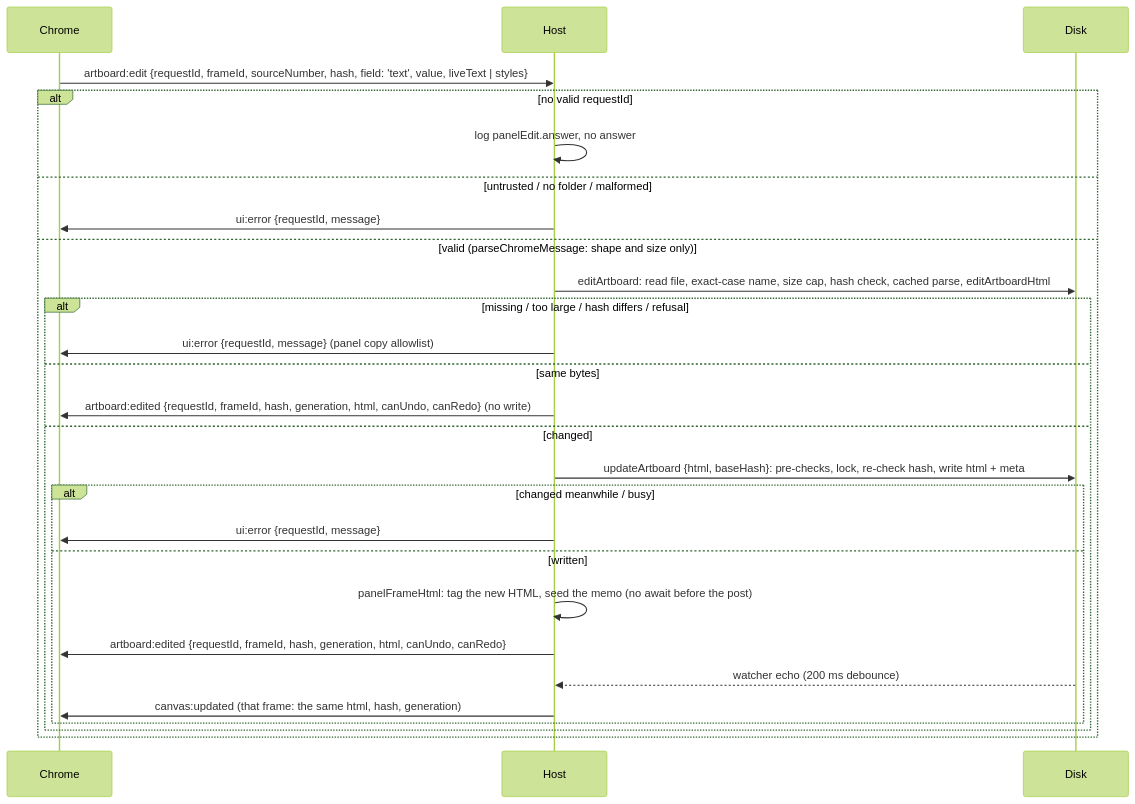
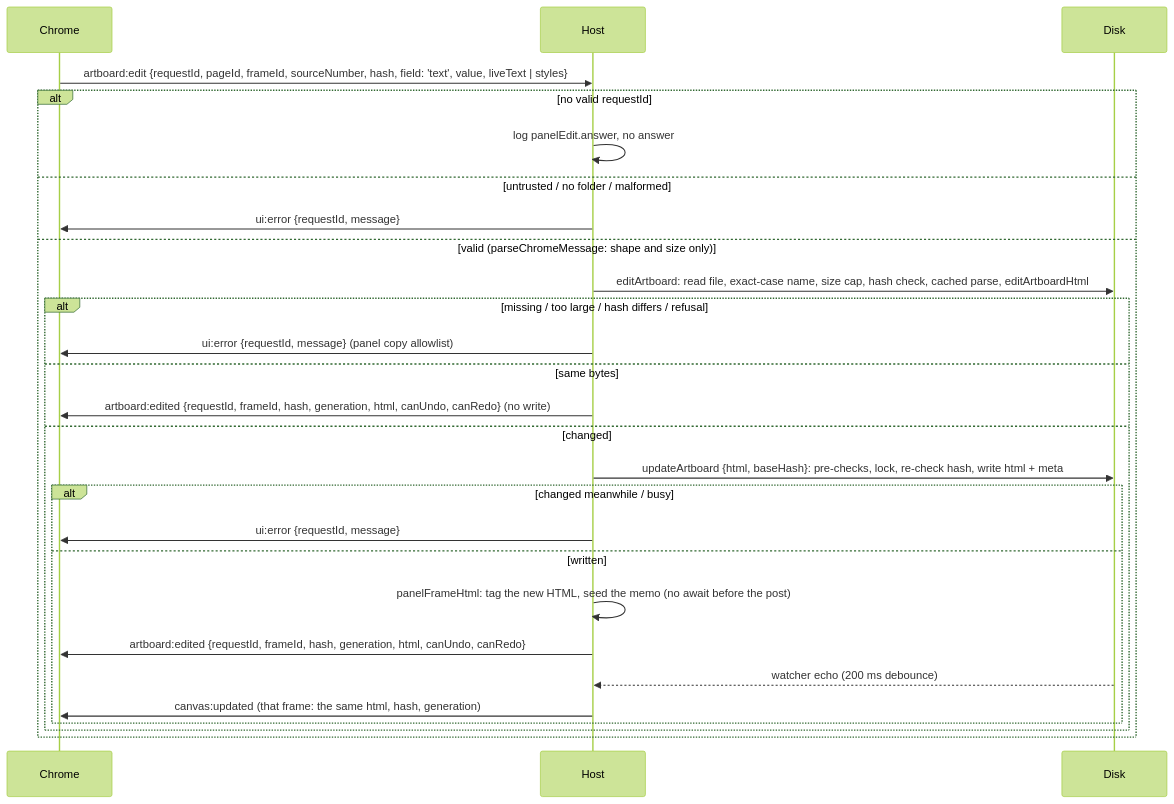
Before and after one commit to MarekBombera/cursor-design-extension: the sixth of 16 diagrams in blueprint/context/system-map.md, drawn with Mermaid (forest theme). The commit also changed other lines of this file and 60 other files, not shown here.

````diff
--- a/blueprint/context/system-map.md
+++ b/blueprint/context/system-map.md
@@ -302,29 +367,29 @@
 ```mermaid
 sequenceDiagram
   participant C as Chrome
   participant H as Host
   participant D as Disk
-  C->>H: artboard:edit {requestId, frameId, sourceNumber, hash, field: 'text', value, liveText | styles}
+  C->>H: artboard:edit {requestId, pageId, frameId, sourceNumber, hash, field: 'text', value, liveText | styles}
   alt no valid requestId
     H->>H: log panelEdit.answer, no answer
   else untrusted / no folder / malformed
     H->>C: ui:error {requestId, message}
   else valid (parseChromeMessage: shape and size only)
     H->>D: editArtboard: read file, exact-case name, size cap, hash check, cached parse, editArtboardHtml
     alt missing / too large / hash differs / refusal
       H->>C: ui:error {requestId, message} (panel copy allowlist)
     else same bytes
       H->>C: artboard:edited {requestId, frameId, hash, generation, html, canUndo, canRedo} (no write)
     else changed
       H->>D: updateArtboard {html, baseHash}: pre-checks, lock, re-check hash, write html + meta
       alt changed meanwhile / busy
         H->>C: ui:error {requestId, message}
       else written
         H->>H: panelFrameHtml: tag the new HTML, seed the memo (no await before the post)
         H->>C: artboard:edited {requestId, frameId, hash, generation, html, canUndo, canRedo}
         D-->>H: watcher echo (200 ms debounce)
         H->>C: canvas:updated (that frame: the same html, hash, generation)
       end
     end
   end
 ```
````
